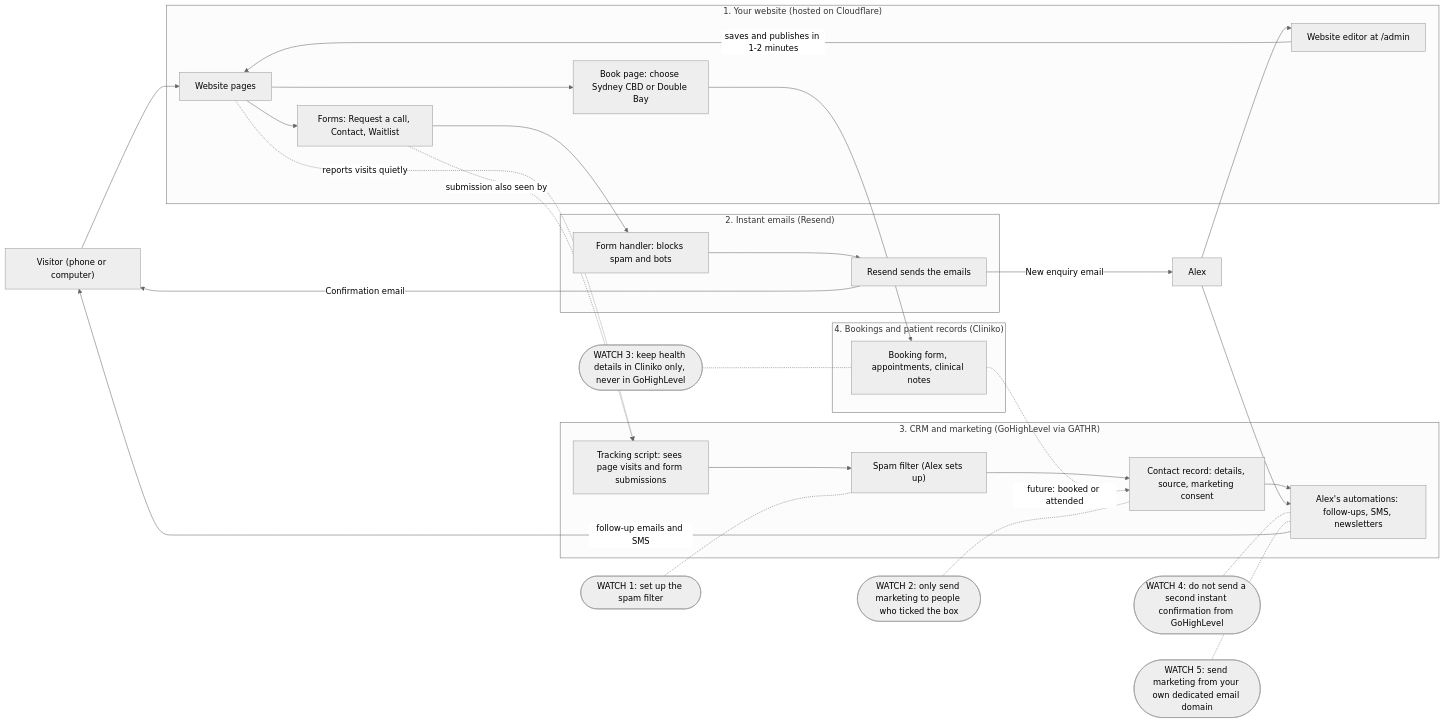
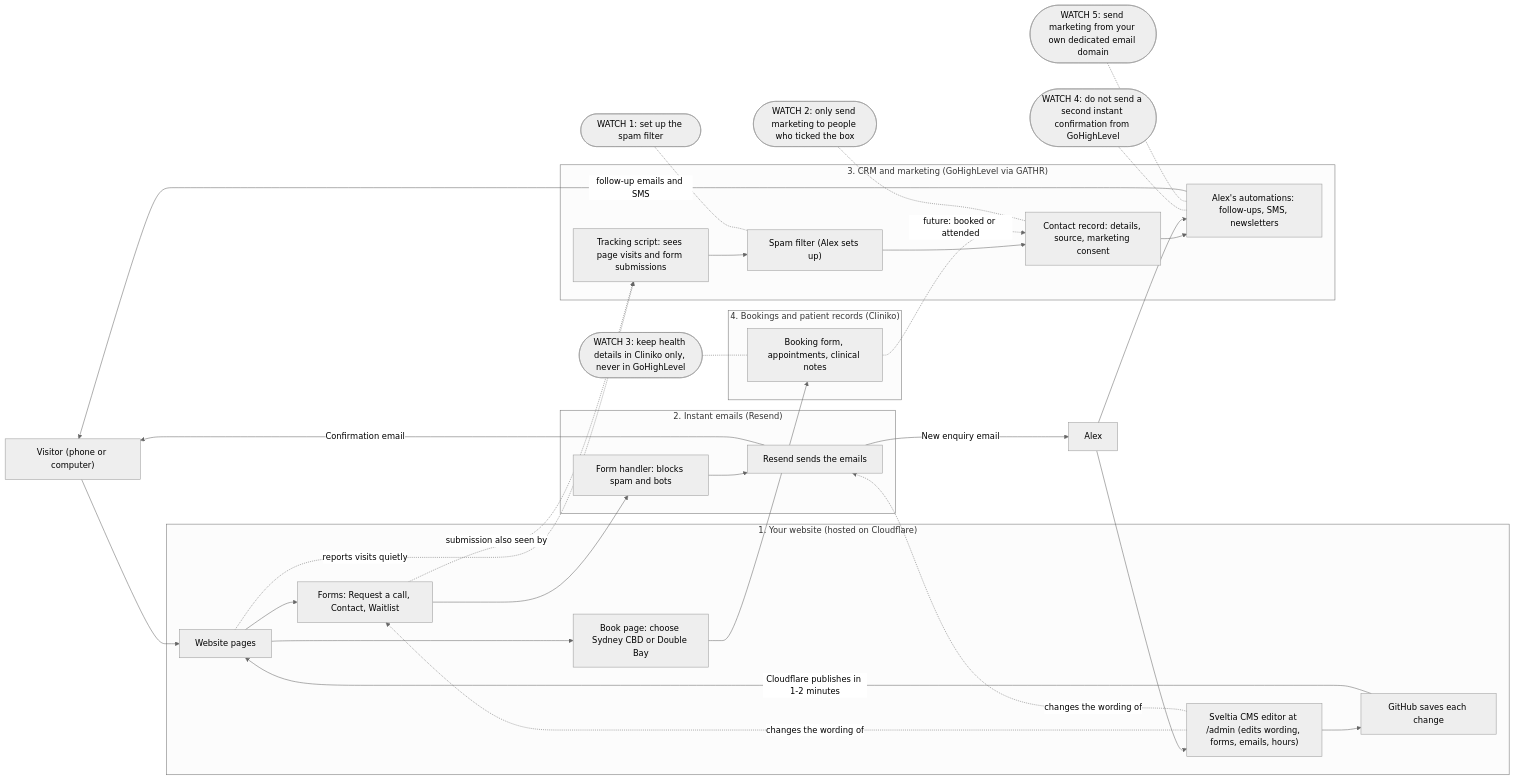
The diagram in docs/systems-diagram.md (Vital-Fascia/vital-fascia-website), drawn with Mermaid (neutral theme) before and after one commit. The commit also changed other lines of this file and 2 other files, not shown here.

Commit message:
Systems diagram: add Sveltia CMS, GitHub and what the editor controls (forms, emails, consent, tracking, booking links)

````diff
--- a/docs/systems-diagram.md
+++ b/docs/systems-diagram.md
@@ -15,60 +15,64 @@
 ```mermaid
 flowchart LR
   Visitor["Visitor (phone or computer)"]
   Alex["Alex"]
 
   subgraph WEB["1. Your website (hosted on Cloudflare)"]
     Site["Website pages"]
     Forms["Forms: Request a call, Contact, Waitlist"]
     BookPage["Book page: choose Sydney CBD or Double Bay"]
-    Editor["Website editor at /admin"]
+    Editor["Sveltia CMS editor at /admin (edits wording, forms, emails, hours)"]
+    GitHub["GitHub saves each change"]
   end
 
   subgraph EMAIL["2. Instant emails (Resend)"]
     Handler["Form handler: blocks spam and bots"]
     Resend["Resend sends the emails"]
   end
 
   subgraph CRM["3. CRM and marketing (GoHighLevel via GATHR)"]
     Tracker["Tracking script: sees page visits and form submissions"]
     Filter["Spam filter (Alex sets up)"]
     Contact["Contact record: details, source, marketing consent"]
     Auto["Alex's automations: follow-ups, SMS, newsletters"]
   end
 
   subgraph CLINIC["4. Bookings and patient records (Cliniko)"]
     Cliniko["Booking form, appointments, clinical notes"]
   end
 
   Visitor --> Site
   Site --> Forms
   Site --> BookPage
   BookPage --> Cliniko
   Forms --> Handler
   Handler --> Resend
   Resend -->|"New enquiry email"| Alex
   Resend -->|"Confirmation email"| Visitor
 
   Site -.->|"reports visits quietly"| Tracker
   Forms -.->|"submission also seen by"| Tracker
   Tracker --> Filter
   Filter --> Contact
   Contact --> Auto
   Auto -->|"follow-up emails and SMS"| Visitor
   Cliniko -.->|"future: booked or attended"| Contact
 
   Alex --> Editor
-  Editor -->|"saves and publishes in 1-2 minutes"| Site
+  Editor --> GitHub
+  GitHub -->|"Cloudflare publishes in 1-2 minutes"| Site
+  Editor -.->|"changes the wording of"| Forms
+  Editor -.->|"changes the wording of"| Resend
   Alex --> Auto
 
   W1(["WATCH 1: set up the spam filter"])
   W2(["WATCH 2: only send marketing to people who ticked the box"])
   W3(["WATCH 3: keep health details in Cliniko only, never in GoHighLevel"])
   W4(["WATCH 4: do not send a second instant confirmation from GoHighLevel"])
   W5(["WATCH 5: send marketing from your own dedicated email domain"])
   W1 -.- Filter
   W2 -.- Contact
   W3 -.- Cliniko
   W4 -.- Auto
   W5 -.- Auto
 ```
````
